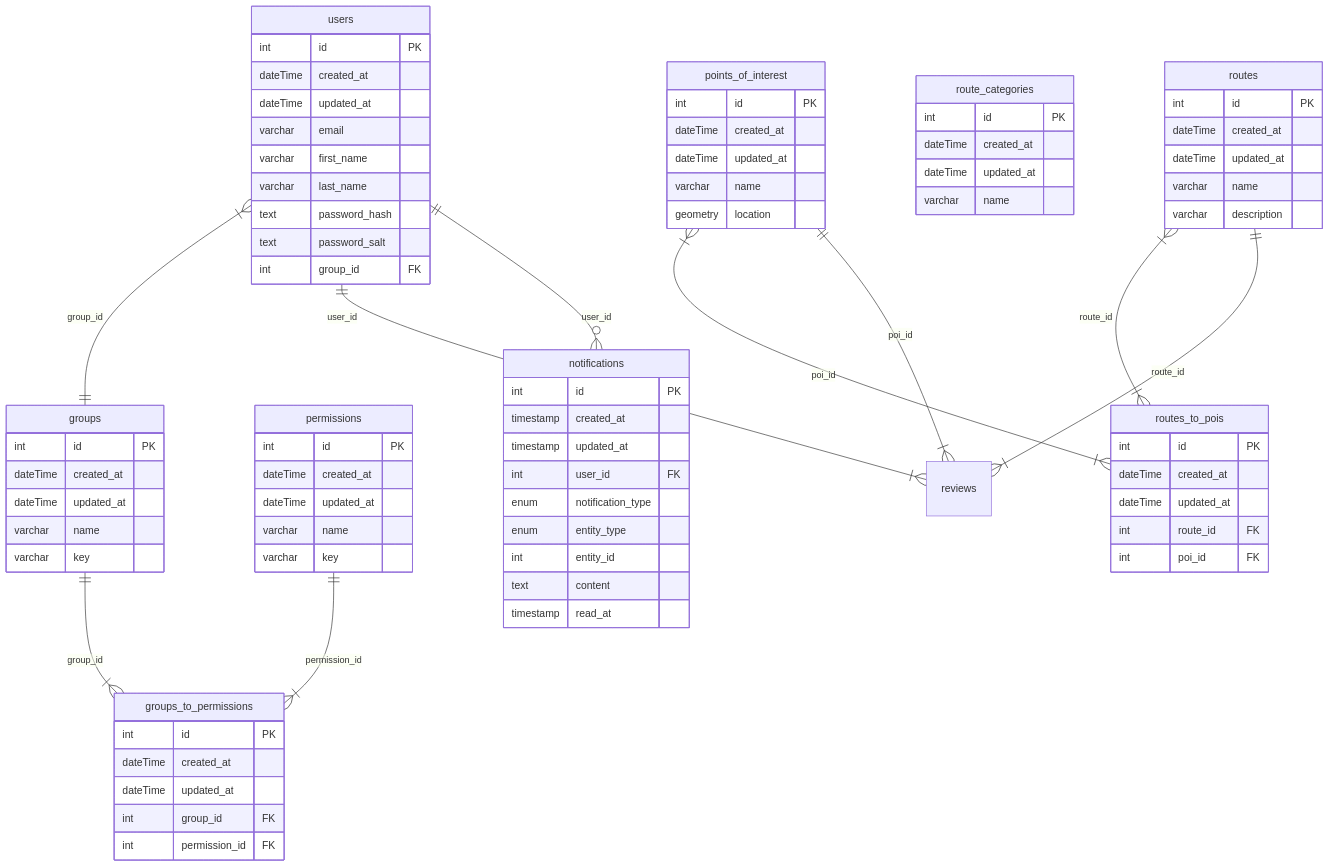
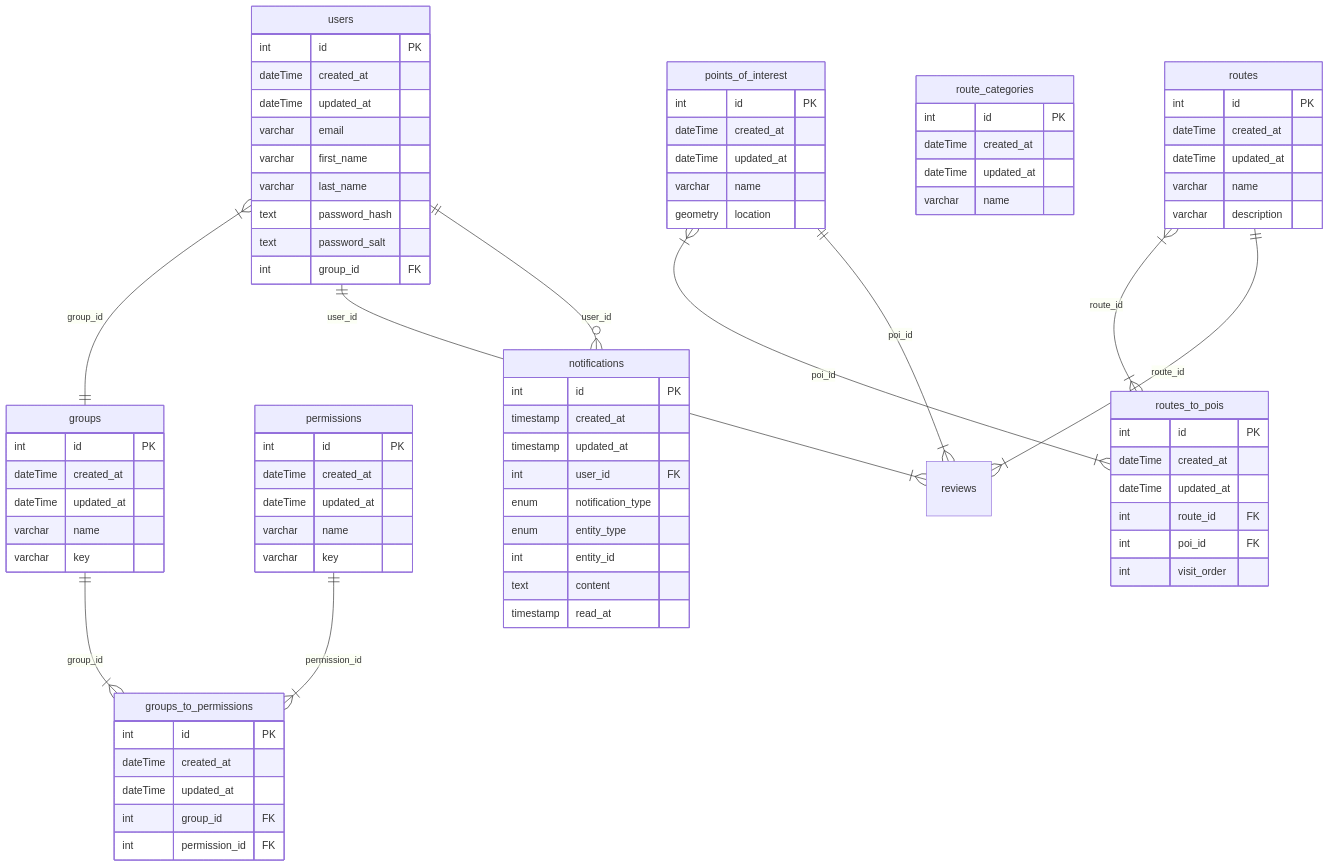
Before and after one commit to h4vefundieyoung/smartscapes: the diagram in readme.md, drawn with Mermaid.

Commit message:
docs(backend): visit-order in erDiagram ss-69

```diff
--- a/readme.md
+++ b/readme.md
@@ -95,6 +95,7 @@
       dateTime updated_at
       int route_id FK
       int poi_id FK
+      int visit_order
   }
 
   notifications {
```
